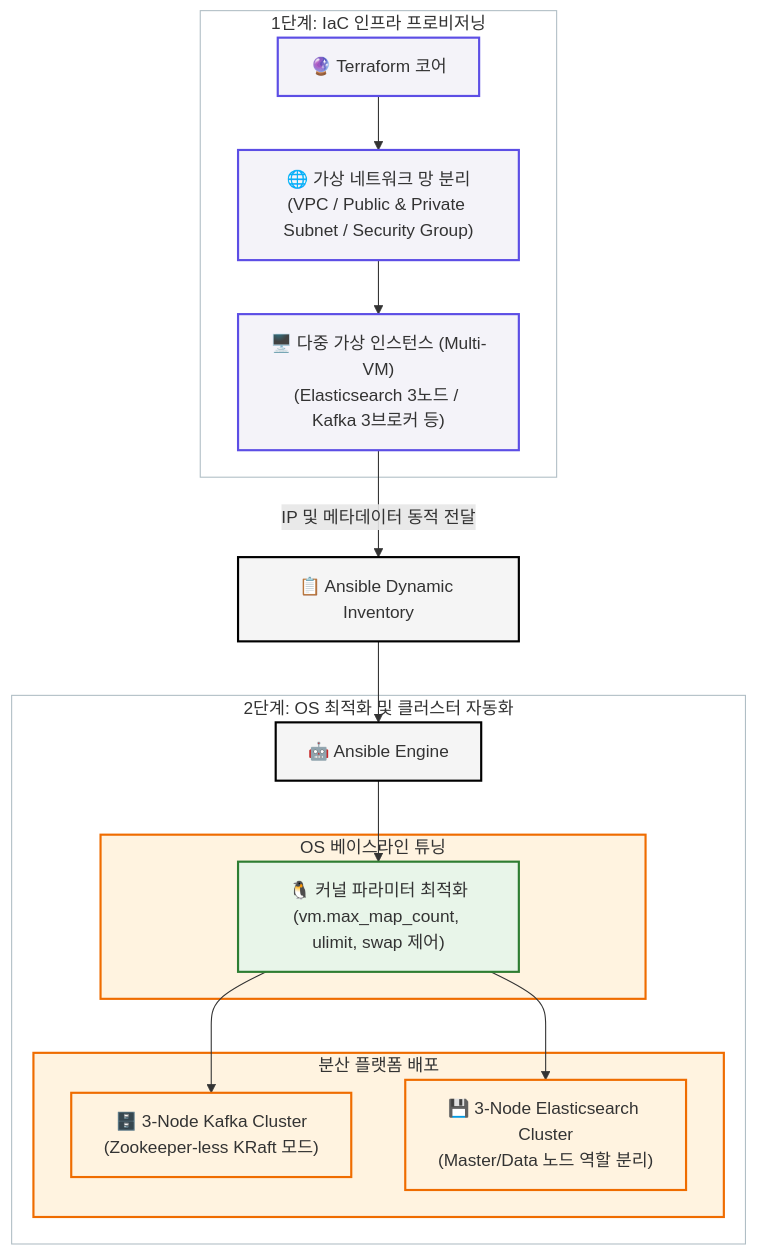
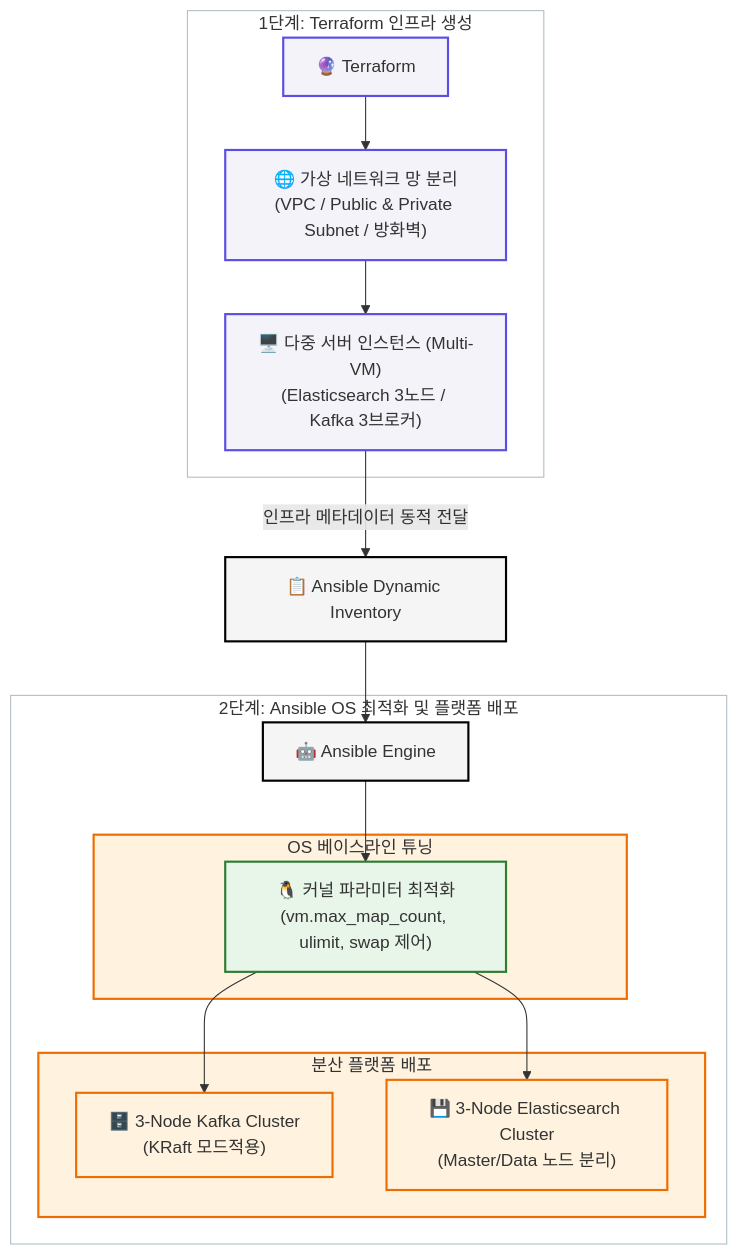
The diagram in README.md (dra2sun7/automated-ha-cluster-ops), drawn with Mermaid before and after one commit. The commit also changed other lines of this file, not shown here.

````diff
--- a/README.md
+++ b/README.md
@@ -11,50 +9,50 @@
 ```mermaid
 graph TD
     %% 스타일 정의
     classDef tform fill:#f4f3f9,stroke:#5c4ee5,stroke-width:2px;
     classDef ans fill:#f5f5f5,stroke:#000000,stroke-width:2px;
     classDef os fill:#e8f5e9,stroke:#2e7d32,stroke-width:2px;
     classDef cluster fill:#fff3e0,stroke:#ef6c00,stroke-width:2px;
 
     %% 1단계: Terraform 프로비저닝
-    subgraph Provisioning_Layer [1단계: IaC 인프라 프로비저닝]
-        TF[🔮 Terraform 코어]
-        VPC["🌐 가상 네트워크 망 분리<br/>(VPC / Public & Private Subnet / Security Group)"]
-        VMs["🖥️ 다중 가상 인스턴스 (Multi-VM)<br/>(Elasticsearch 3노드 / Kafka 3브로커 등)"]
+    subgraph Provisioning_Layer [1단계: Terraform 인프라 생성]
+        TF[🔮 Terraform]
+        VPC["🌐 가상 네트워크 망 분리<br/>(VPC / Public & Private Subnet / 방화벽)"]
+        VMs["🖥️ 다중 서버 인스턴스 (Multi-VM)<br/>(Elasticsearch 3노드 / Kafka 3브로커)"]
         
         TF --> VPC
         VPC --> VMs
     end
 
     %% 2단계: Dynamic Inventory 연동
-    VMs -->|IP 및 메타데이터 동적 전달| AI[📋 Ansible Dynamic Inventory]
+    VMs -->|인프라 메타데이터 동적 전달| AI[📋 Ansible Dynamic Inventory]
 
     %% 3단계: Ansible 형상관리 및 최적화
-    subgraph Configuration_Layer [2단계: OS 최적화 및 클러스터 자동화]
+    subgraph Configuration_Layer [2단계: Ansible OS 최적화 및 플랫폼 배포]
         AN[🤖 Ansible Engine]
         
         subgraph Role_1 [OS 베이스라인 튜닝]
             OS["🐧 커널 파라미터 최적화<br/>(vm.max_map_count, ulimit, swap 제어)"]
         end
         
         subgraph Role_2 [분산 플랫폼 배포]
-            KF["🗄️ 3-Node Kafka Cluster<br/>(Zookeeper-less KRaft 모드)"]
-            ES["💾 3-Node Elasticsearch Cluster<br/>(Master/Data 노드 역할 분리)"]
+            KF["🗄️ 3-Node Kafka Cluster<br/>(KRaft 모드적용)"]
+            ES["💾 3-Node Elasticsearch Cluster<br/>(Master/Data 노드 분리)"]
         end
         
         AN --> OS
         OS --> KF
         OS --> ES
     end
 
     AI --> AN
 
     %% 스타일 적용
     class TF,VPC,VMs tform;
     class AN,AI ans;
     class OS os;
     class KF,ES cluster;
 
     style Provisioning_Layer fill:none,stroke:#b0bec5,stroke-width:1px;
     style Configuration_Layer fill:none,stroke:#b0bec5,stroke-width:1px;
 ```
````
